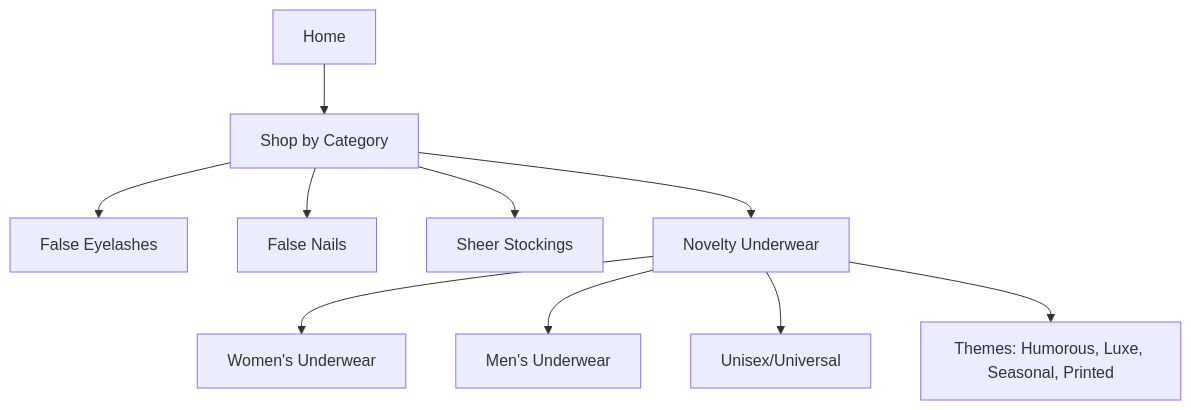
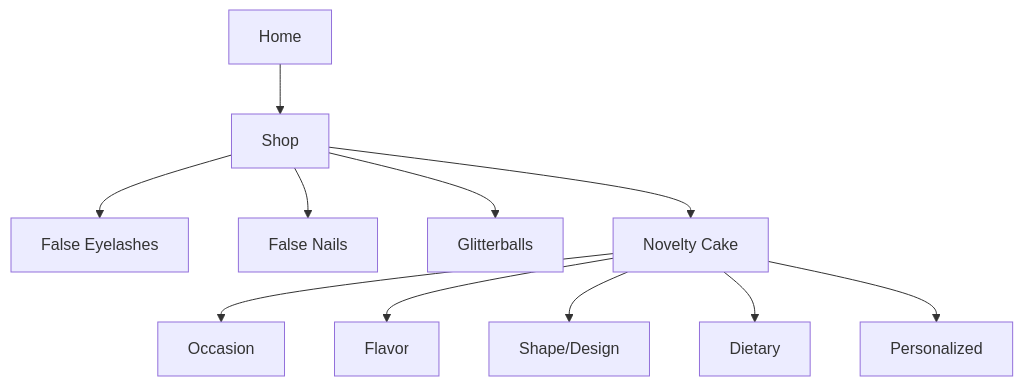
The diagram in specs/product-spec.md (misterfitzy/false-eyelash-store), drawn with Mermaid before and after one commit. The commit also changed other lines of this file, not shown here.

Commit message:
Add specification for Novelty Cake category with shopper/admin features, advanced filtering, data model, accessibility, user stories, and acceptance criteria.

````diff
--- a/specs/product-spec.md
+++ b/specs/product-spec.md
@@ -18,12 +45,13 @@
 ```mermaid
 graph TD
-    A[Home] --> B[Shop by Category]
-    B --> C[False Eyelashes]
-    B --> D[False Nails]
-    B --> E[Sheer Stockings]
-    B --> F[Novelty Underwear]
-    F --> F1[Women's Underwear]
-    F --> F2[Men's Underwear]
-    F --> F3[Unisex/Universal]
-    F --> F4[Themes: Humorous, Luxe, Seasonal, Printed]
+    A[Home] --> B[Shop]
+    B --> C1[False Eyelashes]
+    B --> C2[False Nails]
+    B --> C3[Glitterballs]
+    B --> C4[Novelty Cake]
+    C4 --> D1[Occasion]
+    C4 --> D2[Flavor]
+    C4 --> D3[Shape/Design]
+    C4 --> D4[Dietary]
+    C4 --> D5[Personalized]
 ```
````
